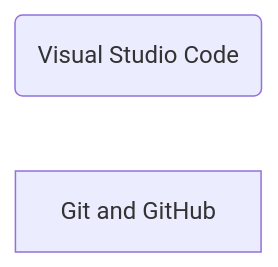
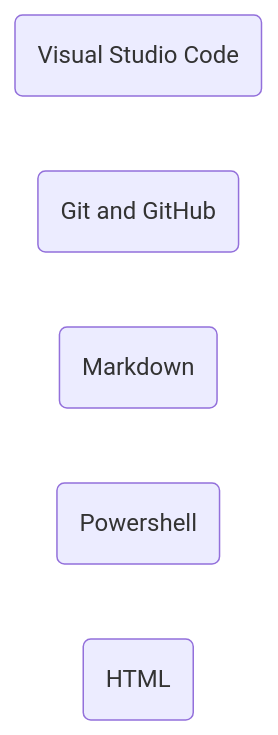
The first of 2 diagrams in README.md (phdonner/phdonner), drawn with Mermaid before and after one commit. The commit also changed other lines of this file, not shown here.

````diff
--- a/README.md
+++ b/README.md
@@ -15,6 +15,8 @@
 ```mermaid
 flowchart LR
     id1(Visual Studio Code)
-    id2[Git and GitHub]
-    
+    id2(Git and GitHub)
+    id3(Markdown)
+    id4(Powershell)
+    id5(HTML)
 ```
````
